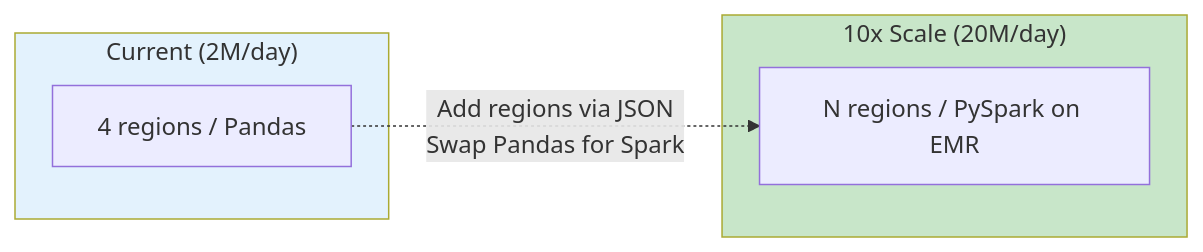
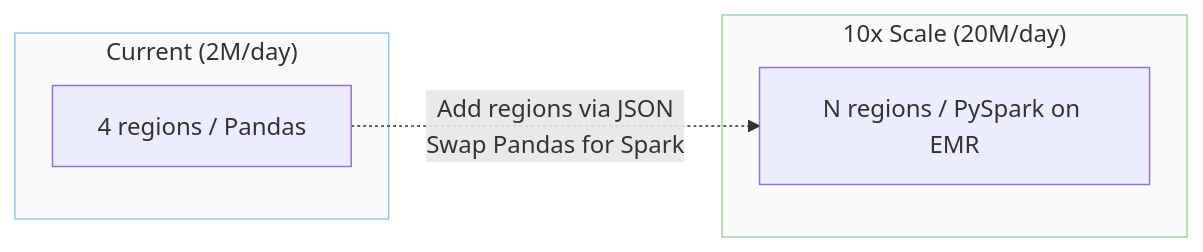
One commit to greenwichg/airflow_etl_pipeline changed the seventh of 7 diagrams in README.md. Above: the diagram before and after it, drawn with Mermaid. The commit also changed other lines of this file, not shown here.

First line of the commit message:
fix: tone down Mermaid diagram background colors for readability

````diff
--- a/README.md
+++ b/README.md
@@ -766,13 +766,13 @@
 ```mermaid
 graph LR
     subgraph Current["Current (2M/day)"]
         A1["4 regions / Pandas"]
     end
     subgraph Scaled["10x Scale (20M/day)"]
         B1["N regions / PySpark on EMR"]
     end
     A1 -.->|"Add regions via JSON<br/>Swap Pandas for Spark"| B1
 
-    style Current fill:#e3f2fd
-    style Scaled fill:#c8e6c9
+    style Current fill:#fafafa,stroke:#90caf9
+    style Scaled fill:#fafafa,stroke:#a5d6a7
 ```
````
